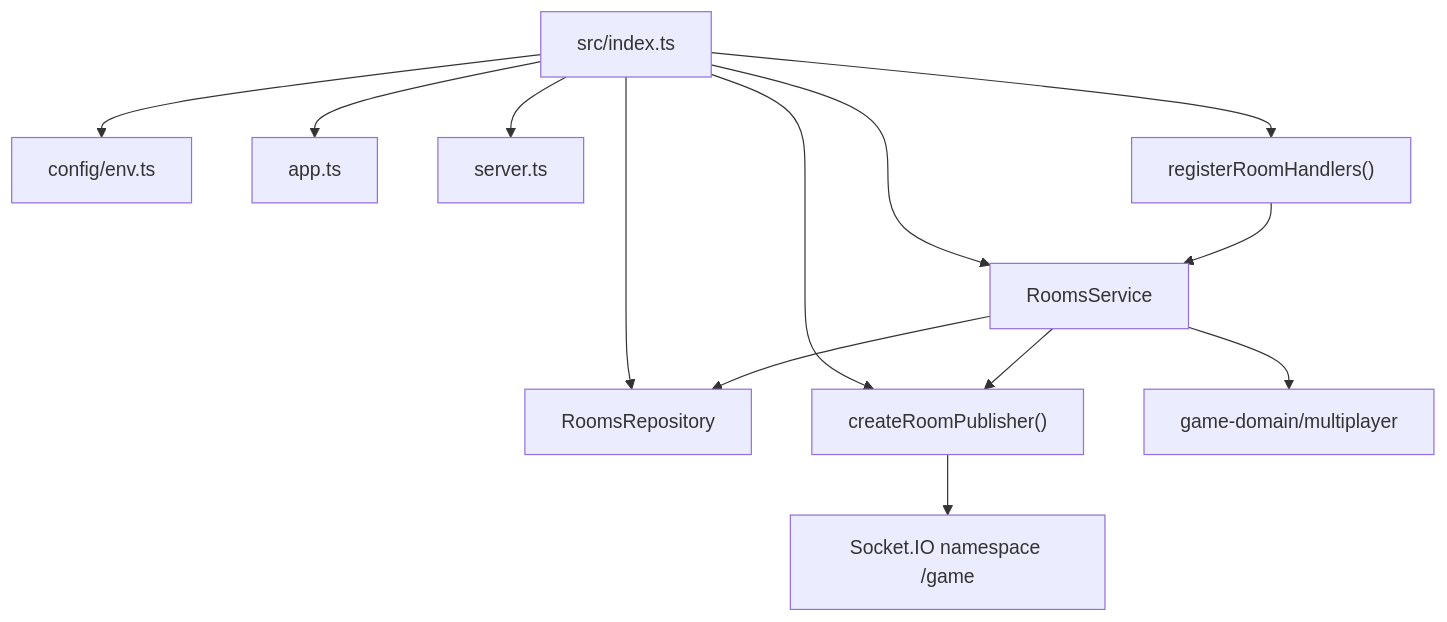
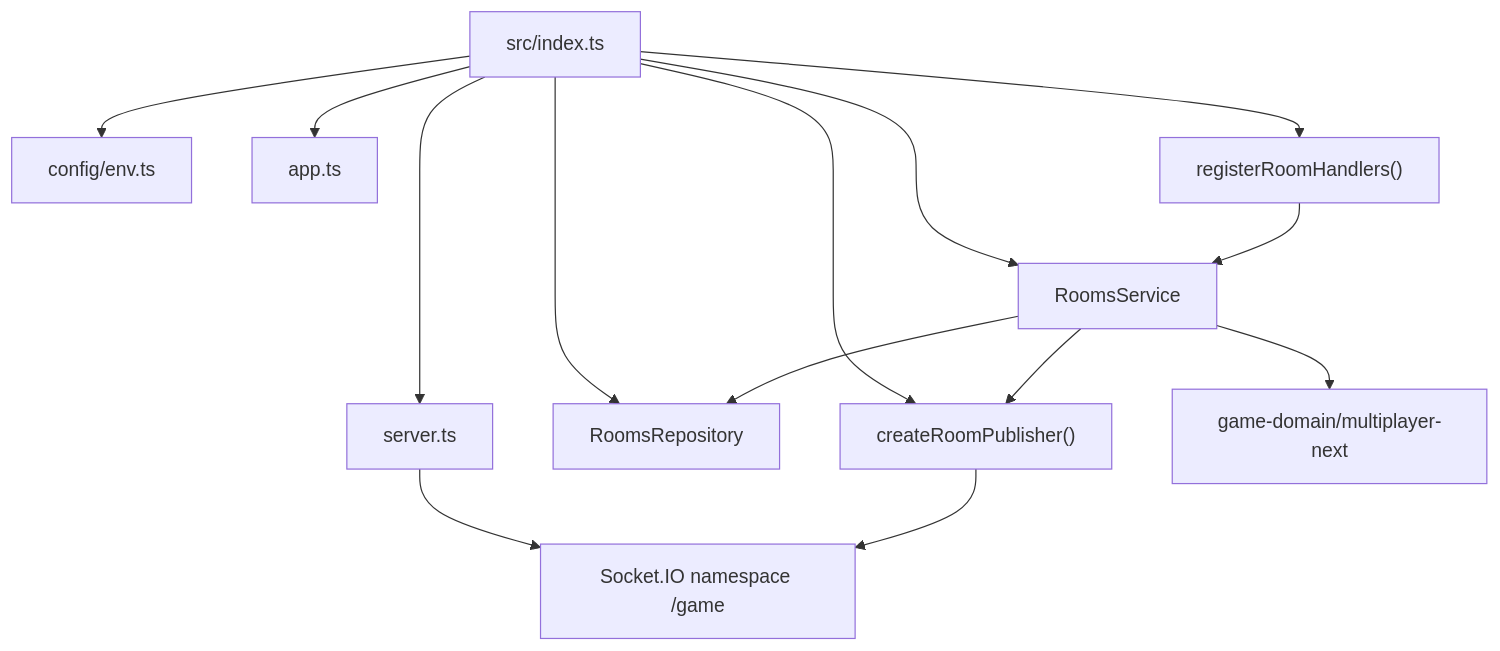
The eighth of 12 diagrams in docs/project-architecture.md (atamuratov07/maptap-game), drawn with Mermaid before and after one commit. The commit also changed other lines of this file and 2 other files, not shown here.

````diff
--- a/docs/project-architecture.md
+++ b/docs/project-architecture.md
@@ -354,16 +333,17 @@
 ```mermaid
 graph TD
     Index["src/index.ts"] --> Env["config/env.ts"]
     Index --> App["app.ts"]
     Index --> Realtime["server.ts"]
     Index --> Repo["RoomsRepository"]
     Index --> Service["RoomsService"]
     Index --> Publisher["createRoomPublisher()"]
     Index --> Handlers["registerRoomHandlers()"]
 
+    Realtime --> Namespace["Socket.IO namespace /game"]
     Handlers --> Service
     Service --> Repo
-    Service --> Domain["game-domain/multiplayer"]
+    Service --> Domain["game-domain/multiplayer-next"]
     Service --> Publisher
-    Publisher --> Namespace["Socket.IO namespace /game"]
+    Publisher --> Namespace
 ```
````
